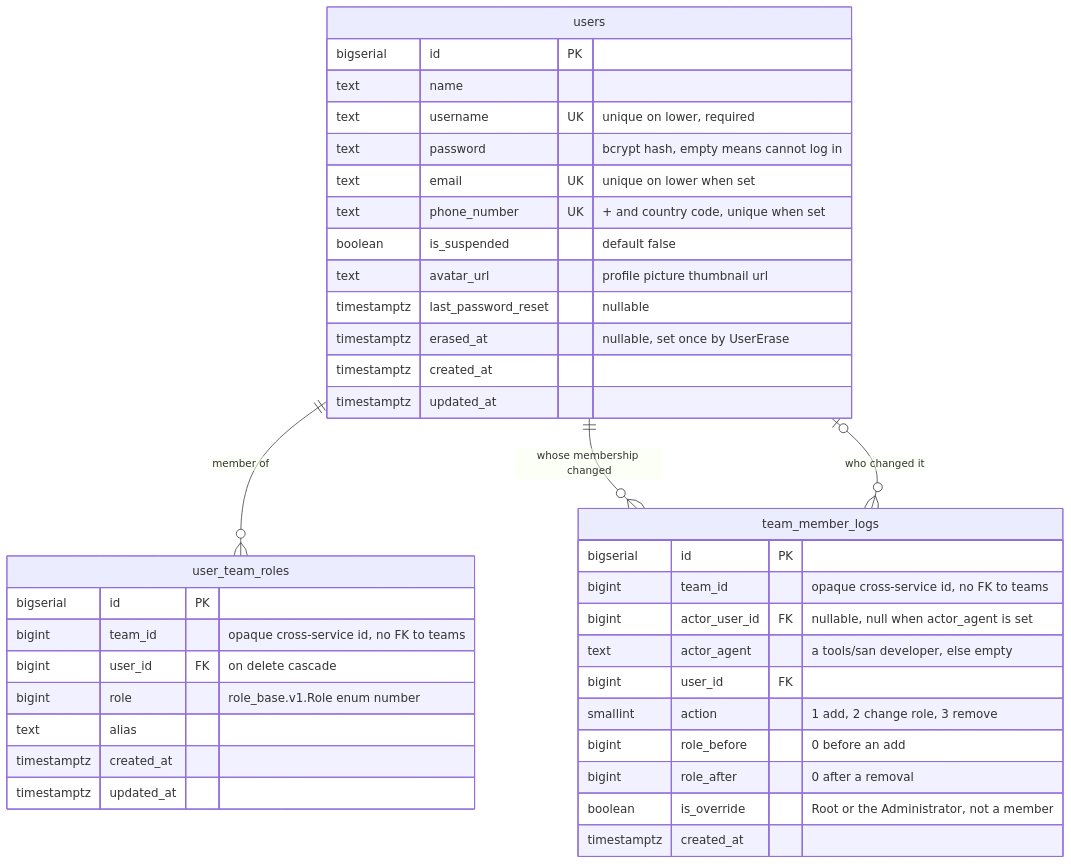
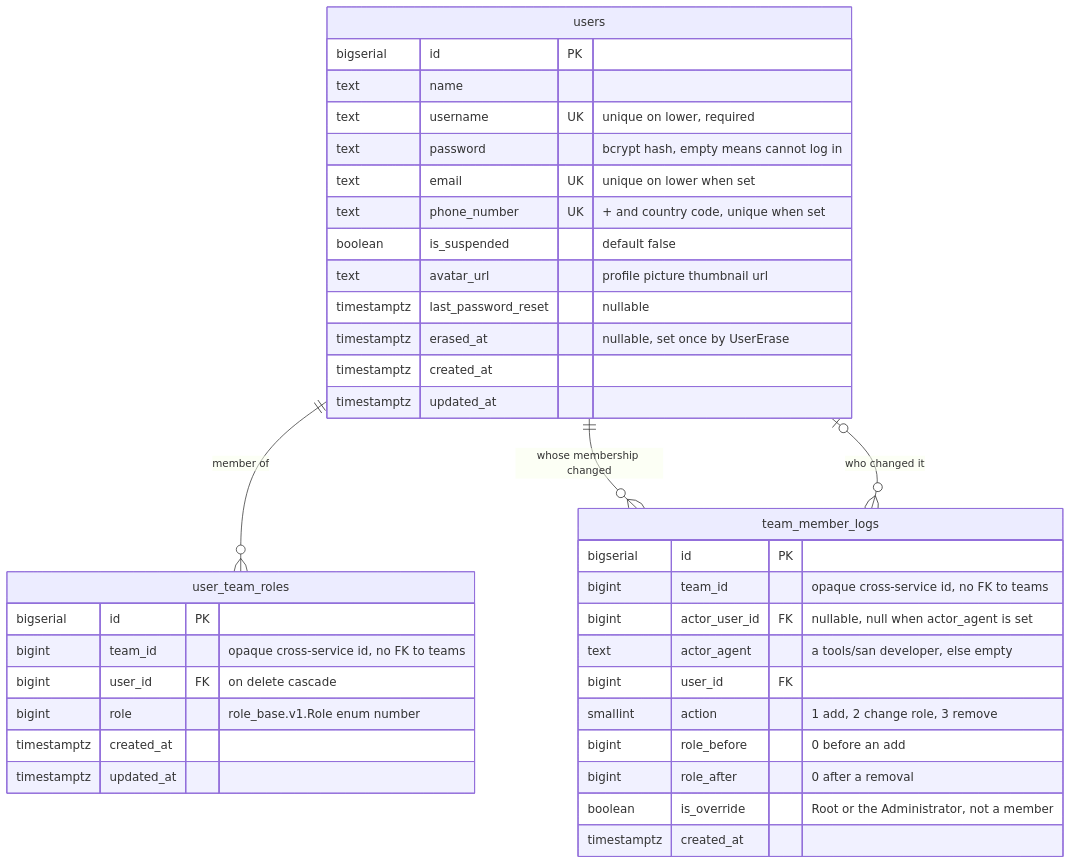
One commit to pdcgo/warehouse_revamp changed the second of 16 diagrams in docs/database-schema.md. Above: the diagram before and after it, drawn with Mermaid. The commit also changed other lines of this file and 21 other files, not shown here.

````diff
--- a/docs/database-schema.md
+++ b/docs/database-schema.md
@@ -102,44 +102,43 @@
 ```mermaid
 erDiagram
     users ||--o{ user_team_roles : "member of"
     users ||--o{ team_member_logs : "whose membership changed"
     users |o--o{ team_member_logs : "who changed it"
 
     users {
         bigserial   id                  PK
         text        name
         text        username            UK "unique on lower, required"
         text        password            "bcrypt hash, empty means cannot log in"
         text        email               UK "unique on lower when set"
         text        phone_number        UK "+ and country code, unique when set"
         boolean     is_suspended        "default false"
         text        avatar_url          "profile picture thumbnail url"
         timestamptz last_password_reset "nullable"
         timestamptz erased_at           "nullable, set once by UserErase"
         timestamptz created_at
         timestamptz updated_at
     }
 
     user_team_roles {
         bigserial   id         PK
         bigint      team_id    "opaque cross-service id, no FK to teams"
         bigint      user_id    FK "on delete cascade"
         bigint      role       "role_base.v1.Role enum number"
-        text        alias
         timestamptz created_at
         timestamptz updated_at
     }
 
     team_member_logs {
         bigserial   id            PK
         bigint      team_id       "opaque cross-service id, no FK to teams"
         bigint      actor_user_id FK "nullable, null when actor_agent is set"
         text        actor_agent   "a tools/san developer, else empty"
         bigint      user_id       FK
         smallint    action        "1 add, 2 change role, 3 remove"
         bigint      role_before   "0 before an add"
         bigint      role_after    "0 after a removal"
         boolean     is_override   "Root or the Administrator, not a member"
         timestamptz created_at
     }
 ```
````
